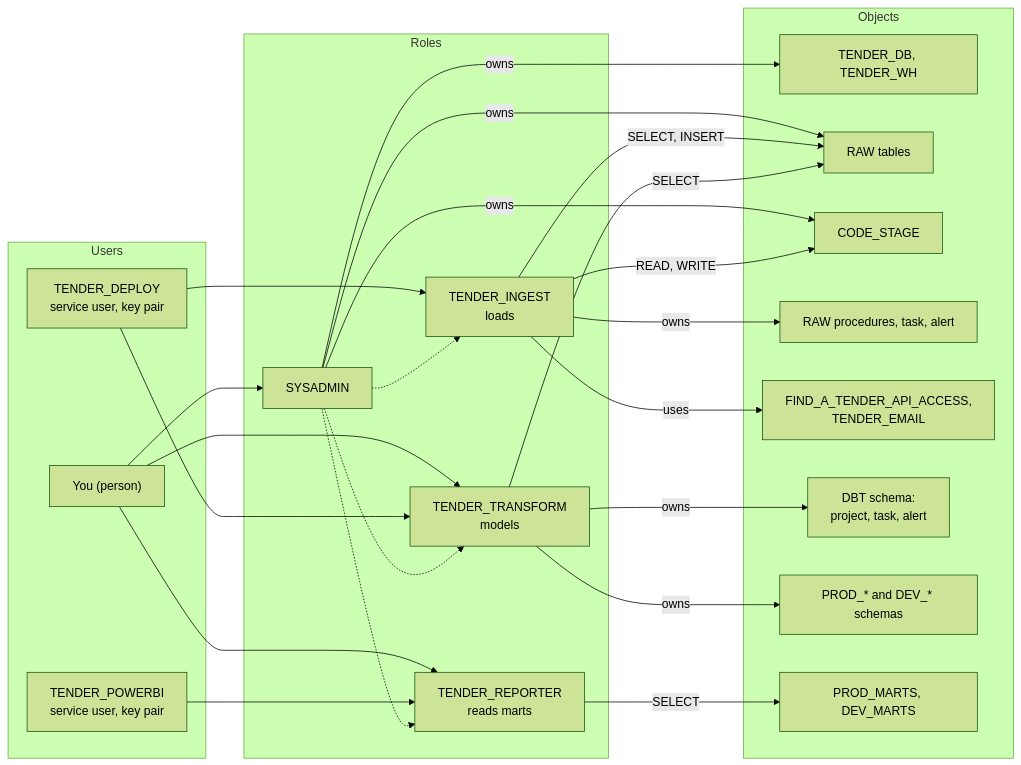
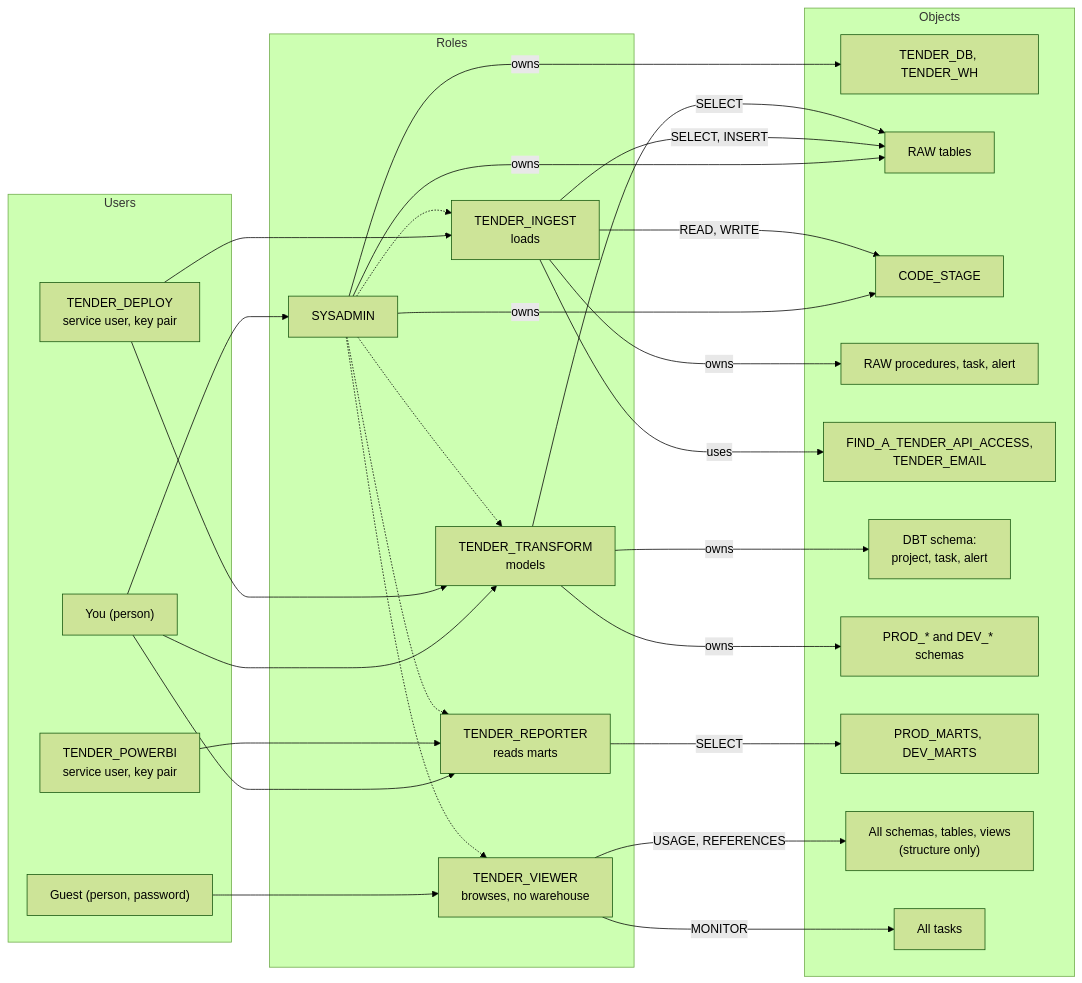
One commit to jacekjastrzebski/uk-tenders-dbt-snowflake changed the diagram in docs/diagrams/security.md. Above: the diagram before and after it, drawn with Mermaid (forest theme). The commit also changed other lines of this file and 6 other files, not shown here.

First line of the commit message:
Add a browse-only guest role for reviewers

````diff
--- a/docs/diagrams/security.md
+++ b/docs/diagrams/security.md
@@ -9,38 +9,45 @@
 ```mermaid
 flowchart LR
     subgraph Users
         you["You (person)"]
         deploy["TENDER_DEPLOY<br/>service user, key pair"]
         powerbi["TENDER_POWERBI<br/>service user, key pair"]
+        guest["Guest (person, password)"]
     end
     subgraph Roles
         sysadmin["SYSADMIN"]
         ingest["TENDER_INGEST<br/>loads"]
         transform["TENDER_TRANSFORM<br/>models"]
         reporter["TENDER_REPORTER<br/>reads marts"]
+        viewer["TENDER_VIEWER<br/>browses, no warehouse"]
     end
     subgraph Objects["Objects"]
         base["TENDER_DB, TENDER_WH"]
         raw["RAW tables"]
         stage["CODE_STAGE"]
         rawobj["RAW procedures, task, alert"]
         integrations["FIND_A_TENDER_API_ACCESS,<br/>TENDER_EMAIL"]
         dbtobj["DBT schema:<br/>project, task, alert"]
         built["PROD_* and DEV_* schemas"]
         marts["PROD_MARTS, DEV_MARTS"]
+        structure["All schemas, tables, views<br/>(structure only)"]
+        tasks["All tasks"]
     end
 
     you --> sysadmin & transform & reporter
     deploy --> ingest & transform
     powerbi --> reporter
-    sysadmin -.-> ingest & transform & reporter
+    guest --> viewer
+    sysadmin -.-> ingest & transform & reporter & viewer
 
     sysadmin -->|owns| base & raw & stage
     ingest -->|"SELECT, INSERT"| raw
     ingest -->|"READ, WRITE"| stage
     ingest -->|owns| rawobj
     ingest -->|uses| integrations
     transform -->|SELECT| raw
     transform -->|owns| dbtobj & built
     reporter -->|SELECT| marts
+    viewer -->|"USAGE, REFERENCES"| structure
+    viewer -->|MONITOR| tasks
 ```
````
